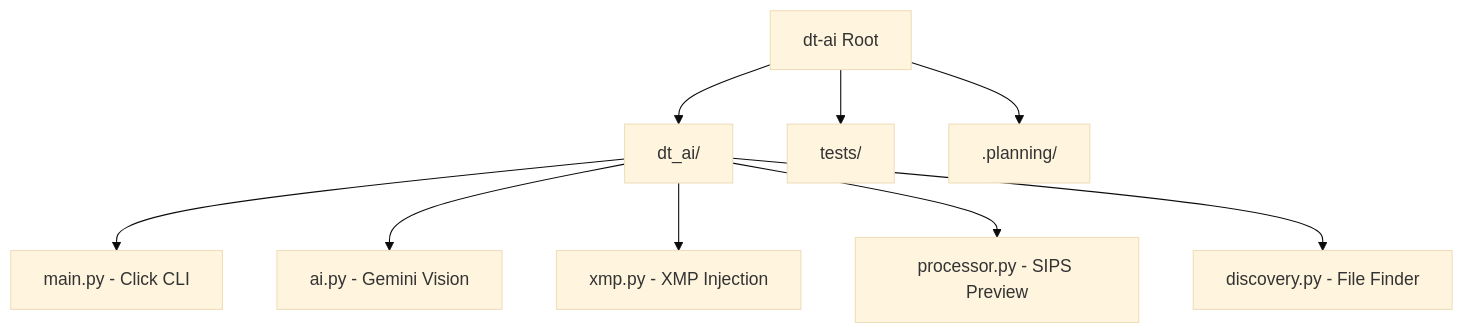
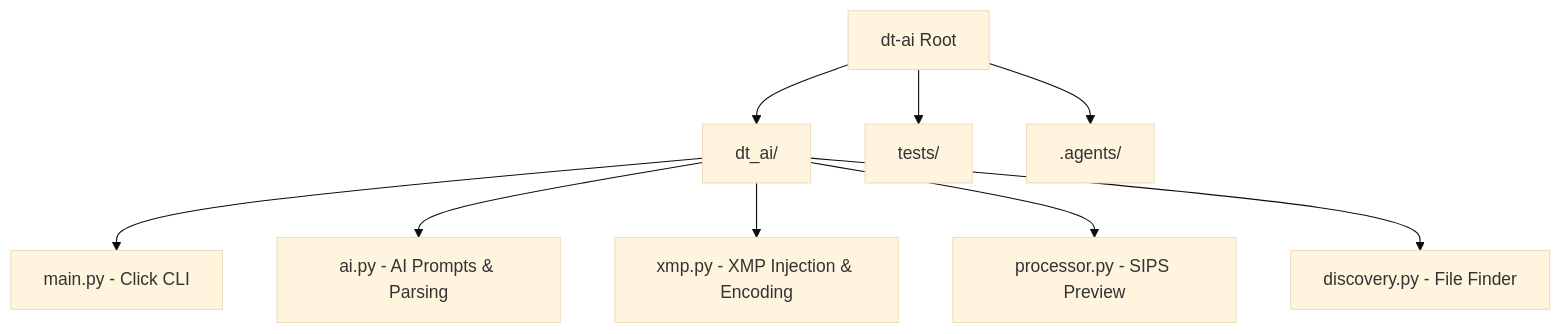
The diagram in AGENTS.md (sharmask7777/genai-assisted-darktable), drawn with Mermaid (base theme) before and after one commit. The commit also changed other lines of this file and 10 other files, not shown here.

````diff
--- a/AGENTS.md
+++ b/AGENTS.md
@@ -6,12 +6,12 @@
 ```mermaid
 graph TD
     Root[dt-ai Root] --> DTAI[dt_ai/]
     Root --> Tests[tests/]
-    Root --> Plan[.planning/]
+    Root --> Agents[.agents/]
     
     DTAI --> CLI[main.py - Click CLI]
-    DTAI --> AI[ai.py - Gemini Vision]
-    DTAI --> XMP[xmp.py - XMP Injection]
+    DTAI --> AI[ai.py - AI Prompts & Parsing]
+    DTAI --> XMP[xmp.py - XMP Injection & Encoding]
     DTAI --> Proc[processor.py - SIPS Preview]
     DTAI --> Disc[discovery.py - File Finder]
 ```
````
